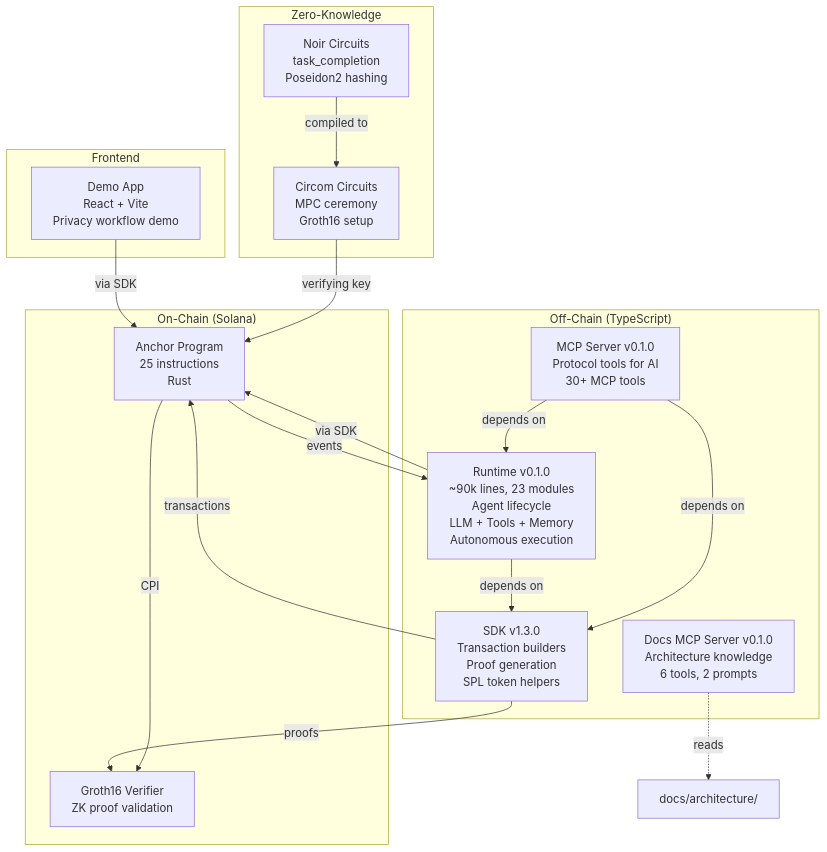
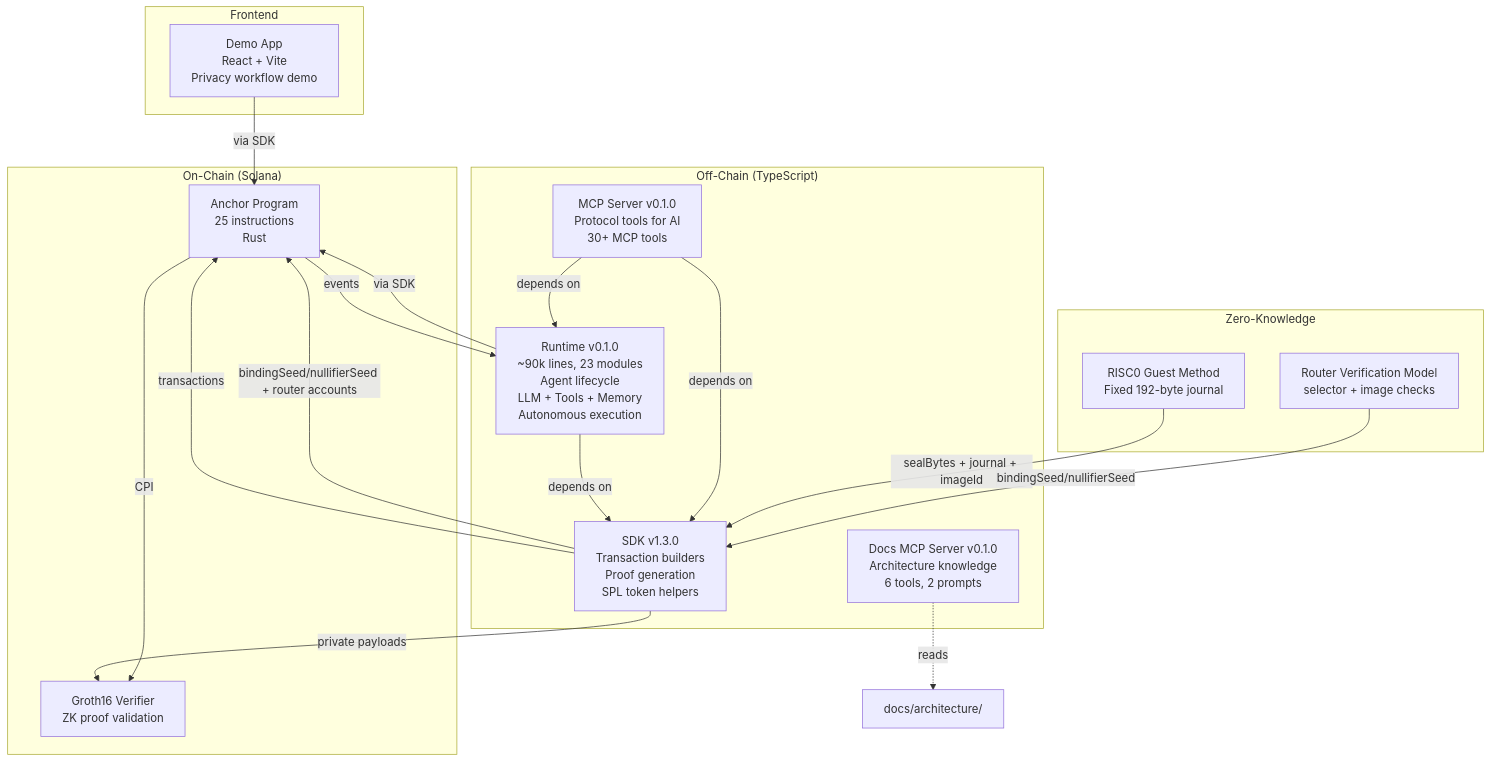
The diagram in docs/architecture/overview.md (tetsuo-ai/AgenC), drawn with Mermaid before and after one commit. The commit also changed other lines of this file and 120 other files, not shown here.

````diff
--- a/docs/architecture/overview.md
+++ b/docs/architecture/overview.md
@@ -7,39 +7,40 @@
 ```mermaid
 flowchart TB
     subgraph OnChain["On-Chain (Solana)"]
         Program["Anchor Program\n25 instructions\nRust"]
         Verifier["Groth16 Verifier\nZK proof validation"]
     end
 
     subgraph OffChain["Off-Chain (TypeScript)"]
         SDK["SDK v1.3.0\nTransaction builders\nProof generation\nSPL token helpers"]
         Runtime["Runtime v0.1.0\n~90k lines, 23 modules\nAgent lifecycle\nLLM + Tools + Memory\nAutonomous execution"]
         MCP["MCP Server v0.1.0\nProtocol tools for AI\n30+ MCP tools"]
         DocsMCP["Docs MCP Server v0.1.0\nArchitecture knowledge\n6 tools, 2 prompts"]
     end
 
     subgraph Frontend["Frontend"]
         Demo["Demo App\nReact + Vite\nPrivacy workflow demo"]
     end
 
     subgraph ZK["Zero-Knowledge"]
-        Circuits["Noir Circuits\ntask_completion\nPoseidon2 hashing"]
-        Circom["Circom Circuits\nMPC ceremony\nGroth16 setup"]
+        zkVM["RISC0 Guest Method\nFixed 192-byte journal"]
+        RouterModel["Router Verification Model\nselector + image checks"]
     end
 
     Runtime -->|"depends on"| SDK
     MCP -->|"depends on"| SDK
     MCP -->|"depends on"| Runtime
     DocsMCP -.->|"reads"| Docs["docs/architecture/"]
 
     SDK -->|"transactions"| Program
-    SDK -->|"proofs"| Verifier
+    SDK -->|"private payloads"| Verifier
     Runtime -->|"via SDK"| Program
     Demo -->|"via SDK"| Program
 
-    Circuits -->|"compiled to"| Circom
-    Circom -->|"verifying key"| Program
+    zkVM -->|"sealBytes + journal + imageId"| SDK
+    RouterModel -->|"bindingSeed/nullifierSeed"| SDK
+    SDK -->|"bindingSeed/nullifierSeed + router accounts"| Program
 
     Program -->|"events"| Runtime
     Program -->|"CPI"| Verifier
 ```
````
